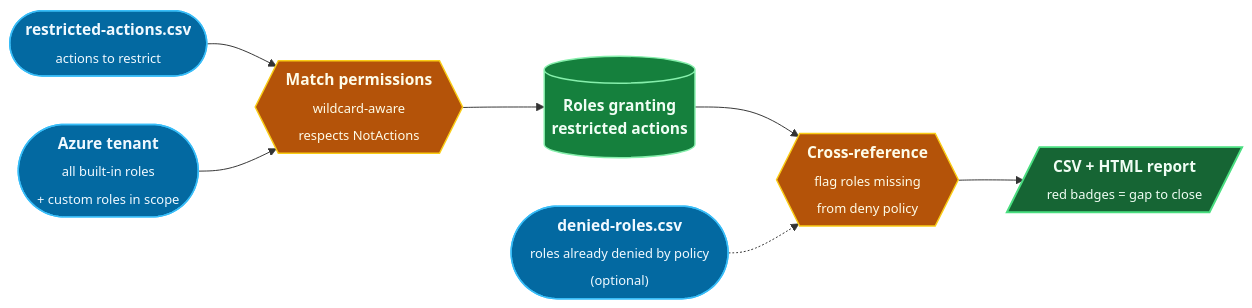
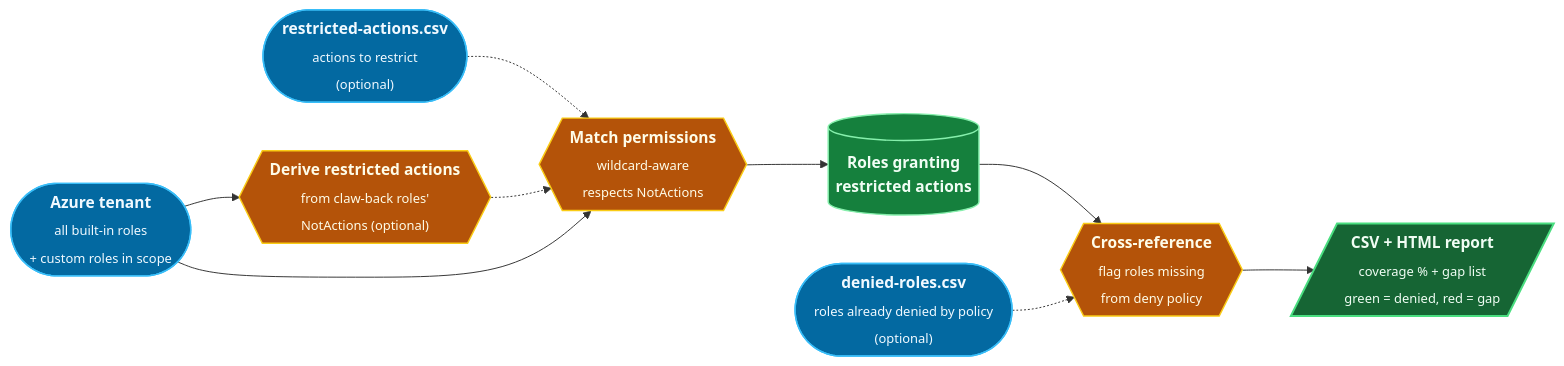
One commit to danielfears/azure-radar changed the diagram in README.md. Above: the diagram before and after it, drawn with Mermaid. The commit also changed other lines of this file and 1 other file, not shown here.

First line of the commit message:
feat: port dynamic restricted-action mode and report enhancements (#1)

````diff
--- a/README.md
+++ b/README.md
@@ -11,30 +13,33 @@
 ```mermaid
 %%{init: {'theme':'base','themeVariables':{
   'fontFamily':'Inter, ui-sans-serif, -apple-system, BlinkMacSystemFont, "Segoe UI Variable", "Segoe UI", system-ui, Roboto, "Helvetica Neue", Arial, sans-serif',
   'fontSize':'15px',
   'primaryColor':'#0f172a','primaryTextColor':'#e2e8f0','primaryBorderColor':'#334155',
   'lineColor':'#64748b','clusterBkg':'#0b1220','clusterBorder':'#1e293b'
 }}}%%
 flowchart LR
-    A(["<b>restricted-actions.csv</b><br/><sub>actions to restrict</sub>"]):::input
+    A(["<b>restricted-actions.csv</b><br/><sub>actions to restrict<br/>(optional)</sub>"]):::input
     B(["<b>Azure tenant</b><br/><sub>all built-in roles<br/>+ custom roles in scope</sub>"]):::input
     P(["<b>denied-roles.csv</b><br/><sub>roles already denied by policy<br/>(optional)</sub>"]):::input
 
+    D{{"<b>Derive restricted actions</b><br/><sub>from claw-back roles'<br/>NotActions (optional)</sub>"}}:::proc
     M{{"<b>Match permissions</b><br/><sub>wildcard-aware<br/>respects NotActions</sub>"}}:::proc
     X{{"<b>Cross-reference</b><br/><sub>flag roles missing<br/>from deny policy</sub>"}}:::proc
 
     R[("<b>Roles granting</b><br/><b>restricted actions</b>")]:::data
-    H[/"<b>CSV + HTML report</b><br/><sub>red badges = gap to close</sub>"/]:::output
+    H[/"<b>CSV + HTML report</b><br/><sub>coverage % + gap list<br/>green = denied, red = gap</sub>"/]:::output
 
-    A --> M
+    A -.-> M
+    B --> D
+    D -.-> M
     B --> M
     M --> R
     R --> X
     P -.-> X
     X --> H
 
     classDef input  fill:#0369a1,stroke:#38bdf8,color:#f0f9ff,stroke-width:1.5px;
     classDef proc   fill:#b45309,stroke:#facc15,color:#fefce8,stroke-width:1.5px;
     classDef data   fill:#15803d,stroke:#86efac,color:#f0fdf4,stroke-width:1.5px;
     classDef output fill:#166534,stroke:#4ade80,color:#f0fdf4,stroke-width:2px;
 ```
````
